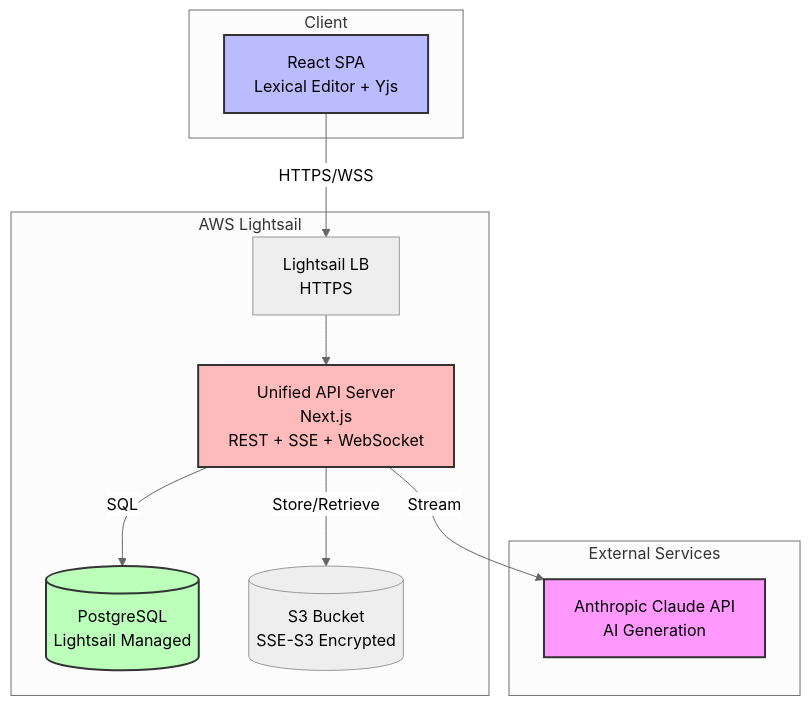
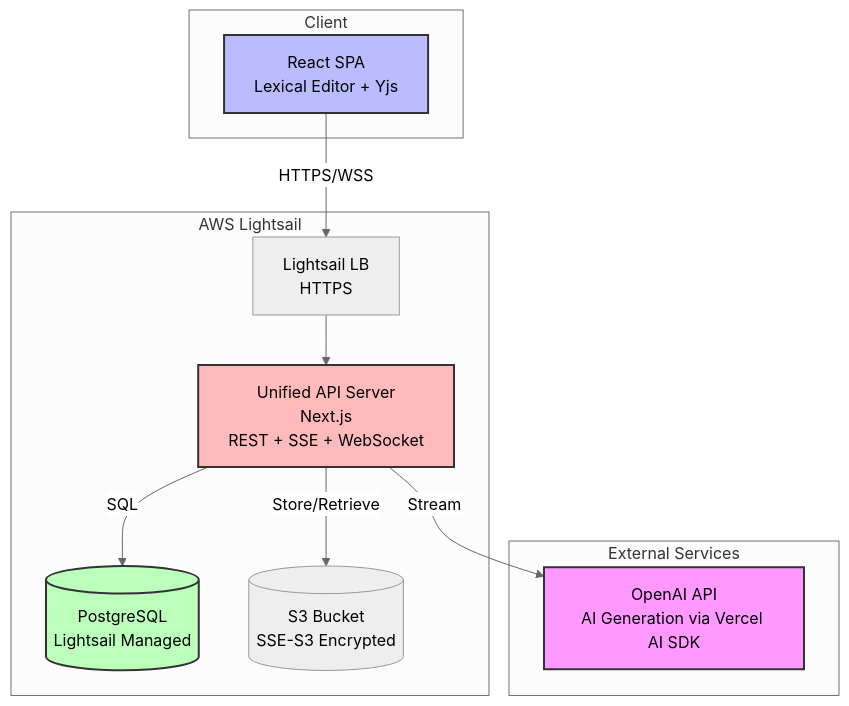
One commit to miketikh/gauntlet-postulo changed the diagram in docs/architecture.md. Above: the diagram before and after it, drawn with Mermaid (neutral theme). The commit also changed other lines of this file and 16 other files, not shown here.

Commit message:
switch to vercel ai sdk, fix auth

````diff
--- a/docs/architecture.md
+++ b/docs/architecture.md
@@ -80,32 +80,32 @@
 ```mermaid
 graph TB
     subgraph "Client"
         WebApp[React SPA<br/>Lexical Editor + Yjs]
     end
 
     subgraph "AWS Lightsail"
         LB[Lightsail LB<br/>HTTPS]
 
         API[Unified API Server<br/>Next.js<br/>REST + SSE + WebSocket]
 
         DB[(PostgreSQL<br/>Lightsail Managed)]
 
         S3[(S3 Bucket<br/>SSE-S3 Encrypted)]
     end
 
     subgraph "External Services"
-        Anthropic[Anthropic Claude API<br/>AI Generation]
+        OpenAI[OpenAI API<br/>AI Generation via Vercel AI SDK]
     end
 
     WebApp -->|HTTPS/WSS| LB
     LB --> API
 
     API -->|SQL| DB
     API -->|Store/Retrieve| S3
-    API -->|Stream| Anthropic
+    API -->|Stream| OpenAI
 
     style WebApp fill:#bbf,stroke:#333,stroke-width:2px
     style API fill:#fbb,stroke:#333,stroke-width:2px
     style DB fill:#bfb,stroke:#333,stroke-width:2px
-    style Anthropic fill:#f9f,stroke:#333,stroke-width:2px
+    style OpenAI fill:#f9f,stroke:#333,stroke-width:2px
 ```
````
